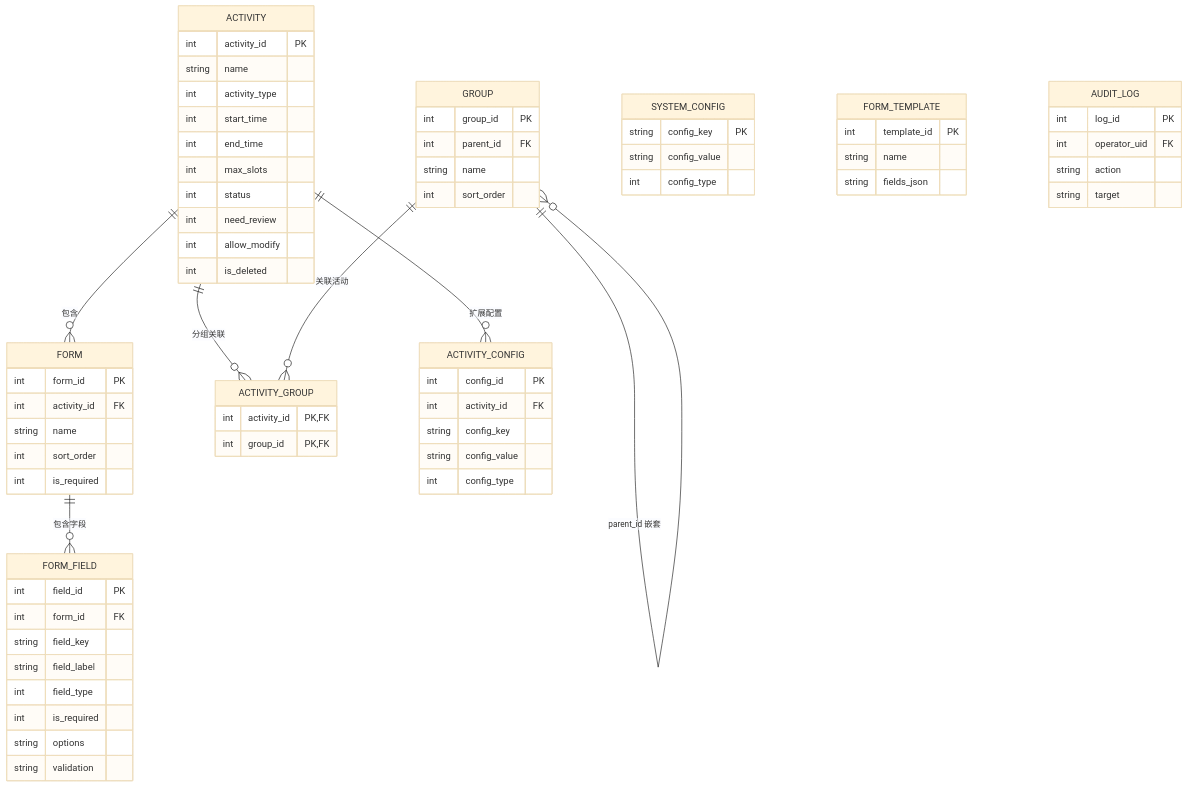
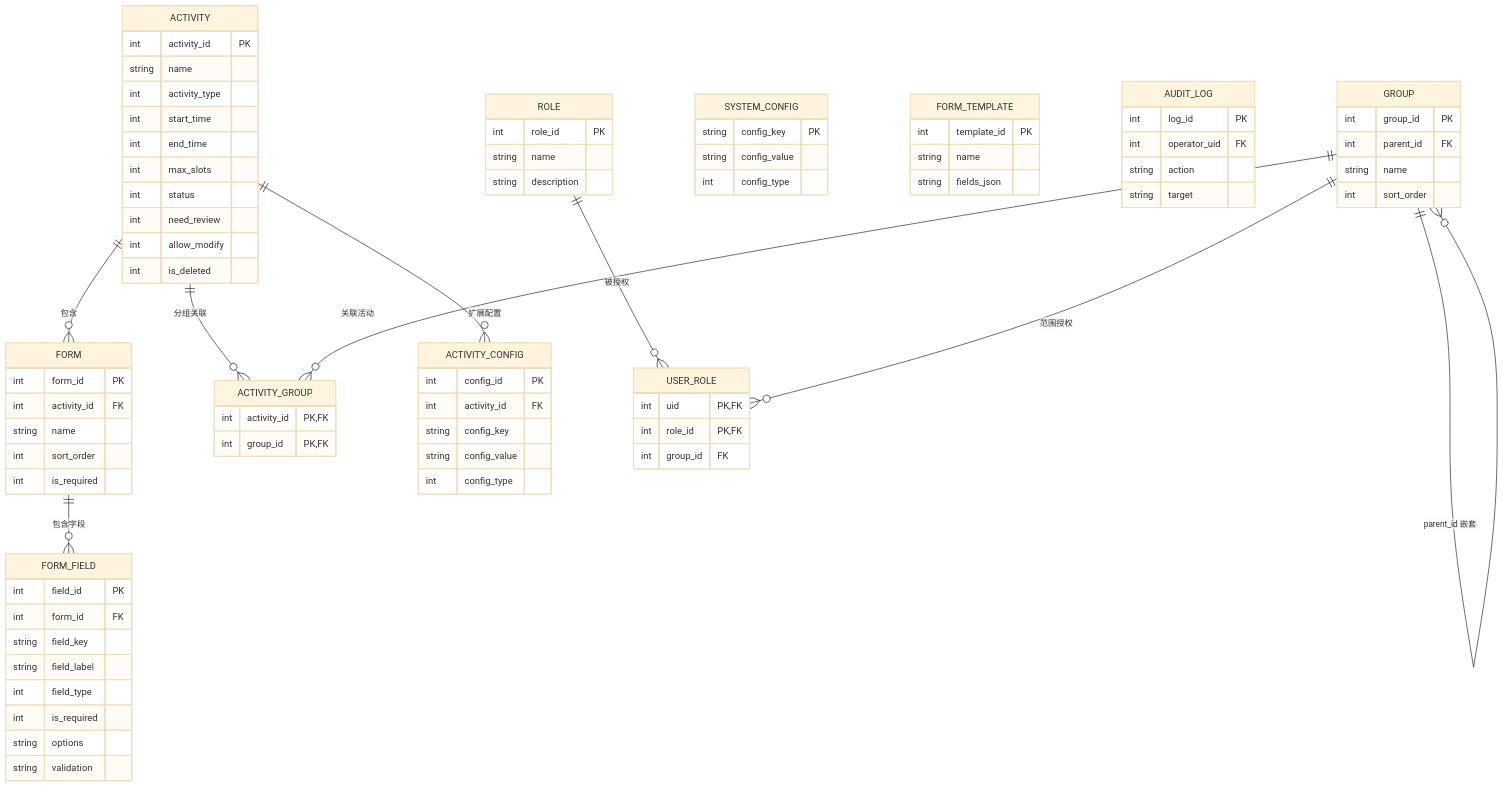
Before and after one commit to Frank-Steven/sacc-registration: the diagram in docs/backend/config-layer.md, drawn with Mermaid (base theme). The commit also changed other lines of this file and 25 other files, not shown here.

````diff
--- a/docs/backend/config-layer.md
+++ b/docs/backend/config-layer.md
@@ -70,6 +70,16 @@
         string action
         string target
     }
+    ROLE {
+        int role_id PK
+        string name
+        string description
+    }
+    USER_ROLE {
+        int uid PK, FK
+        int role_id PK, FK
+        int group_id FK
+    }
 
     ACTIVITY ||--o{ FORM : "包含"
     FORM ||--o{ FORM_FIELD : "包含字段"
@@ -77,4 +87,6 @@
     GROUP ||--o{ ACTIVITY_GROUP : "关联活动"
     GROUP ||--o{ GROUP : "parent_id 嵌套"
     ACTIVITY ||--o{ ACTIVITY_CONFIG : "扩展配置"
+    ROLE ||--o{ USER_ROLE : "被授权"
+    GROUP ||--o{ USER_ROLE : "范围授权"
 ```
````
